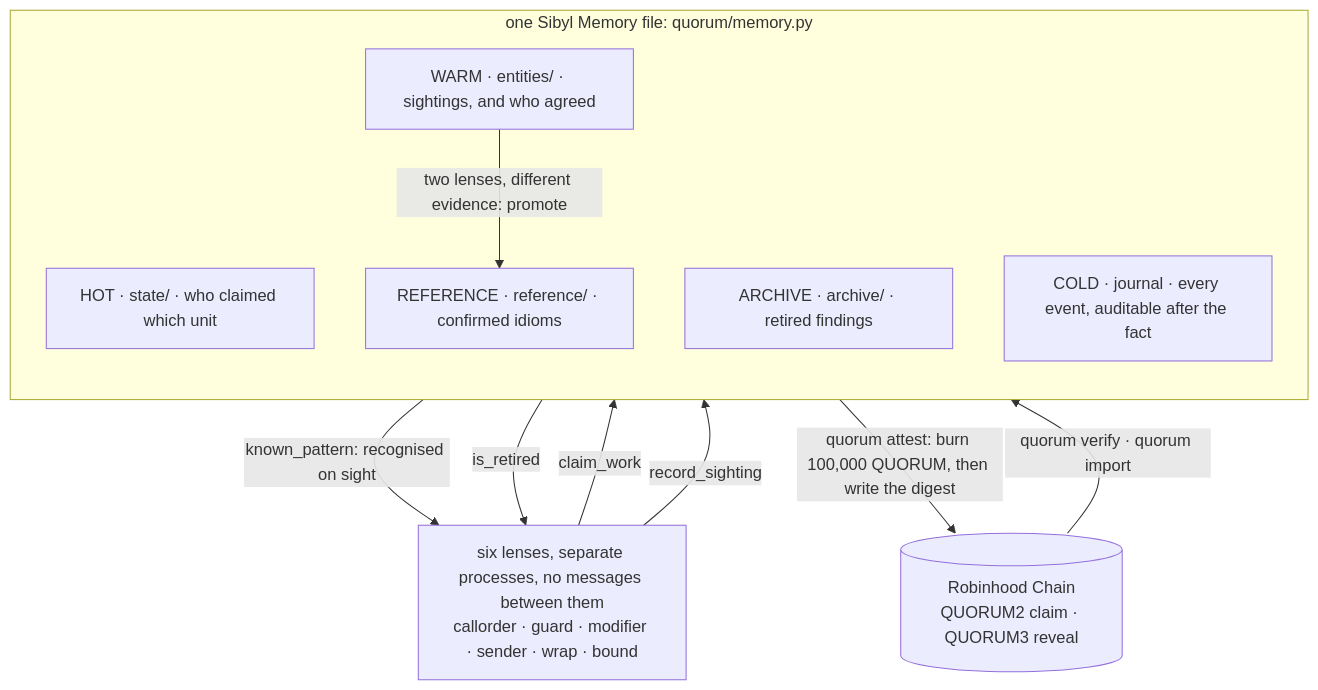
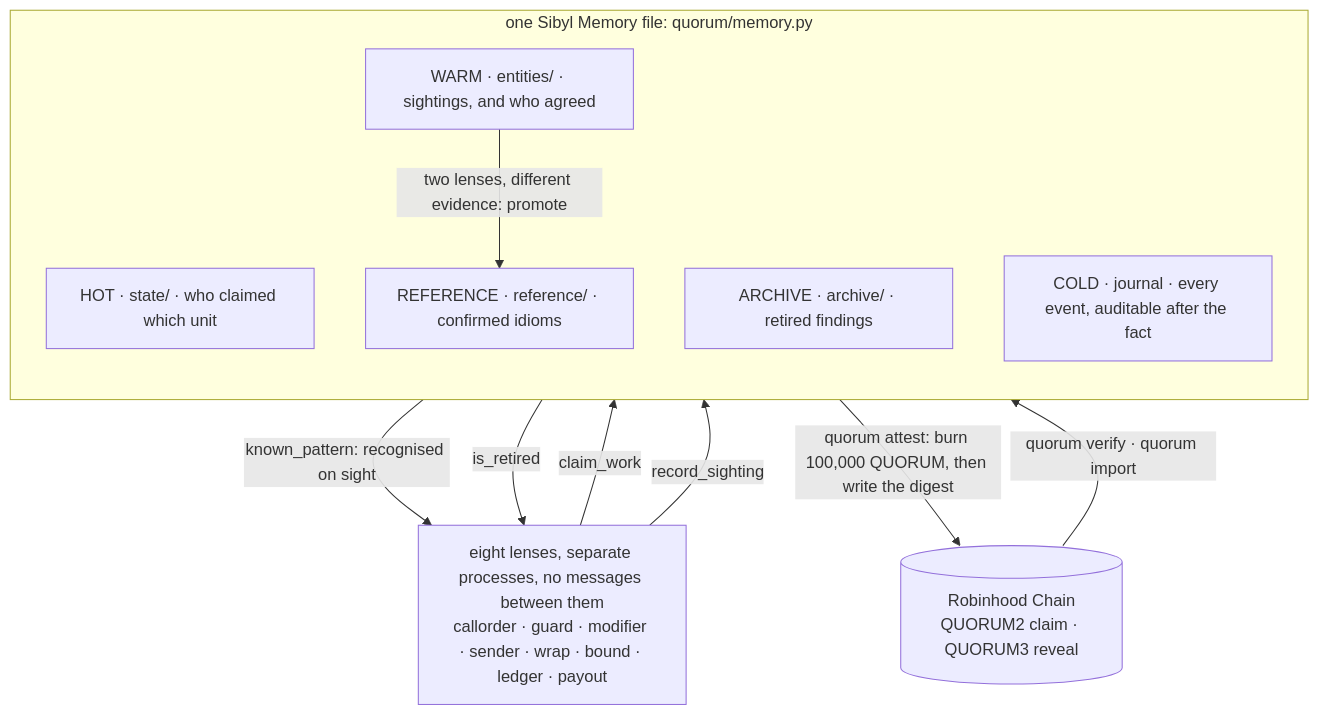
One commit to Yonkoo11/quorum changed the diagram in README.md. Above: the diagram before and after it, drawn with Mermaid. The commit also changed other lines of this file and 15 other files, not shown here.

````diff
--- a/README.md
+++ b/README.md
@@ -155,20 +155,20 @@
 ```mermaid
 flowchart TB
-  L["six lenses, separate processes, no messages between them<br/>callorder · guard · modifier · sender · wrap · bound"]
+  L["eight lenses, separate processes, no messages between them<br/>callorder · guard · modifier · sender · wrap · bound · ledger · payout"]
   subgraph M["one Sibyl Memory file: quorum/memory.py"]
     direction TB
     HOT["HOT · state/ · who claimed which unit"]
     WARM["WARM · entities/ · sightings, and who agreed"]
     REF["REFERENCE · reference/ · confirmed idioms"]
     ARCH["ARCHIVE · archive/ · retired findings"]
     COLD["COLD · journal · every event, auditable after the fact"]
   end
   RH[("Robinhood Chain<br/>QUORUM2 claim · QUORUM3 reveal")]
   L -- "claim_work" --> HOT
   L -- "record_sighting" --> WARM
   WARM -- "two lenses, different evidence: promote" --> REF
   REF -- "known_pattern: recognised on sight" --> L
   ARCH -- "is_retired" --> L
   REF -- "quorum attest: burn 100,000 QUORUM, then write the digest" --> RH
   RH -- "quorum verify · quorum import" --> REF
 ```
````
